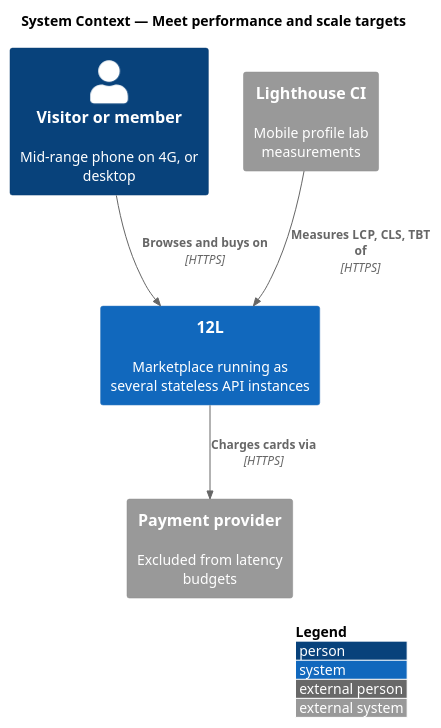
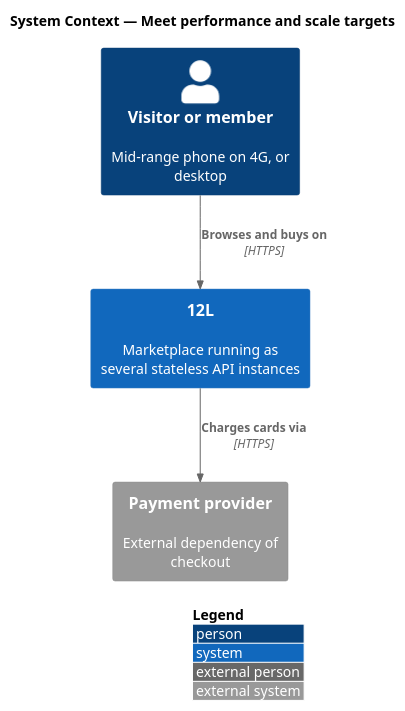
The diagram in docs/detailed-designs/platform/meet-performance-and-scale/diagrams/c4-context.puml (QuinntyneBrown/12l), drawn with PlantUML before and after one commit. The commit also changed 22 other files, not shown here.

```diff
--- a/docs/detailed-designs/platform/meet-performance-and-scale/diagrams/c4-context.puml
+++ b/docs/detailed-designs/platform/meet-performance-and-scale/diagrams/c4-context.puml
@@ -1,14 +1,12 @@
 @startuml
 !include <C4/C4_Context>
 LAYOUT_WITH_LEGEND()
 title System Context — Meet performance and scale targets
 
 Person(shopper, "Visitor or member", "Mid-range phone on 4G, or desktop")
 System(twelvel, "12L", "Marketplace running as several stateless API instances")
-System_Ext(lhci, "Lighthouse CI", "Mobile profile lab measurements")
-System_Ext(payments, "Payment provider", "Excluded from latency budgets")
+System_Ext(payments, "Payment provider", "External dependency of checkout")
 
 Rel(shopper, twelvel, "Browses and buys on", "HTTPS")
-Rel(lhci, twelvel, "Measures LCP, CLS, TBT of", "HTTPS")
 Rel(twelvel, payments, "Charges cards via", "HTTPS")
 @enduml
```
